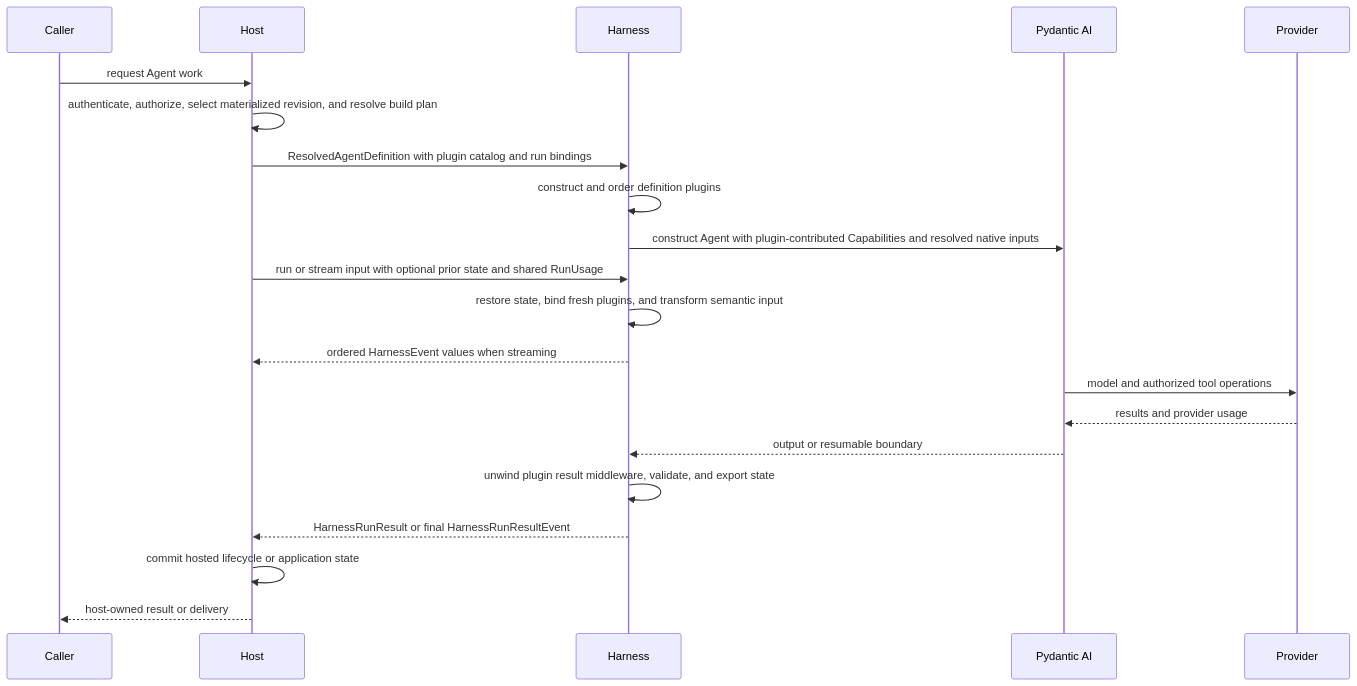
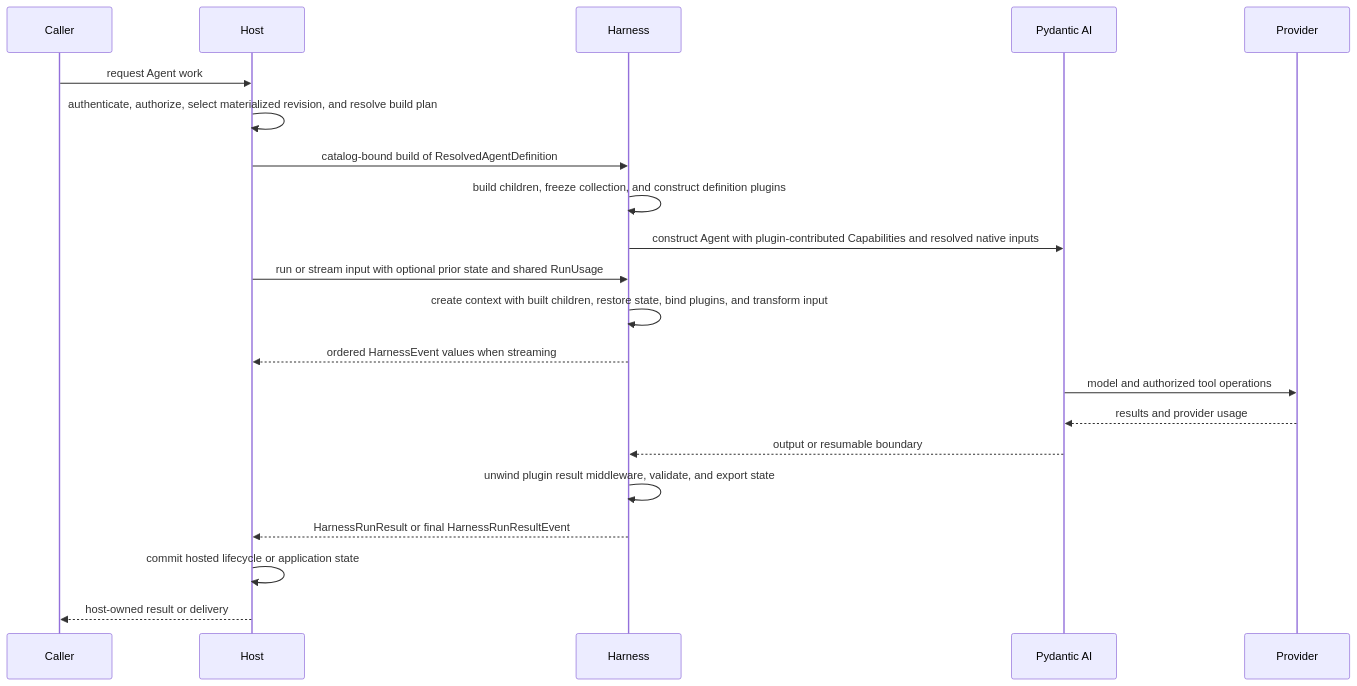
The second of 3 diagrams in spec/agent-harness/00-overview.md (LTThreeComma/agent-foundation), drawn with Mermaid before and after one commit. The commit also changed other lines of this file and 19 other files, not shown here.

````diff
--- a/spec/agent-harness/00-overview.md
+++ b/spec/agent-harness/00-overview.md
@@ -98,24 +99,24 @@
 ```mermaid
 sequenceDiagram
     participant Caller
     participant Host
     participant Harness
     participant Pydantic as Pydantic AI
     participant Provider
 
     Caller->>Host: request Agent work
     Host->>Host: authenticate, authorize, select materialized revision, and resolve build plan
-    Host->>Harness: ResolvedAgentDefinition with plugin catalog and run bindings
-    Harness->>Harness: construct and order definition plugins
+    Host->>Harness: catalog-bound build of ResolvedAgentDefinition
+    Harness->>Harness: build children, freeze collection, and construct definition plugins
     Harness->>Pydantic: construct Agent with plugin-contributed Capabilities and resolved native inputs
     Host->>Harness: run or stream input with optional prior state and shared RunUsage
-    Harness->>Harness: restore state, bind fresh plugins, and transform semantic input
+    Harness->>Harness: create context with built children, restore state, bind plugins, and transform input
     Harness-->>Host: ordered HarnessEvent values when streaming
     Pydantic->>Provider: model and authorized tool operations
     Provider-->>Pydantic: results and provider usage
     Pydantic-->>Harness: output or resumable boundary
     Harness->>Harness: unwind plugin result middleware, validate, and export state
     Harness-->>Host: HarnessRunResult or final HarnessRunResultEvent
     Host->>Host: commit hosted lifecycle or application state
     Host-->>Caller: host-owned result or delivery
 ```
````
